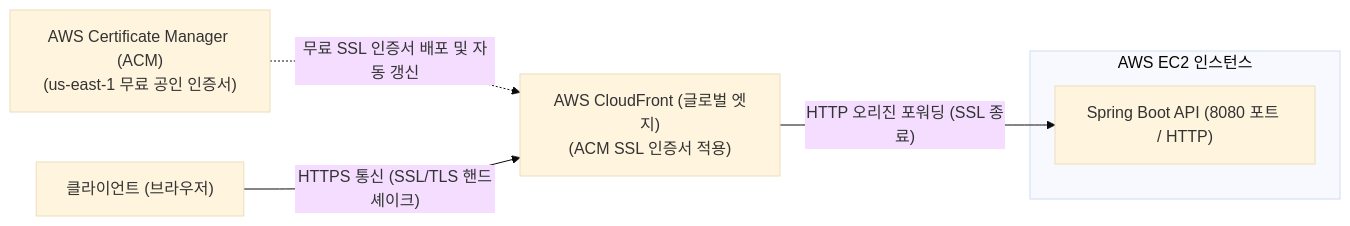
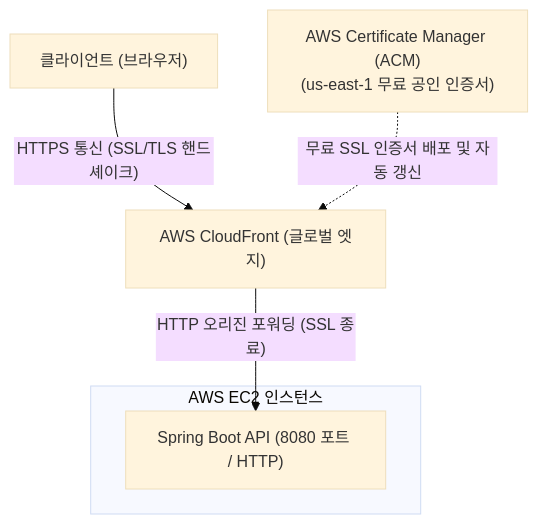
One commit to likelion-backend-25th/22-project-sns changed the third of 4 diagrams in guide/04.challenge.md. Above: the diagram before and after it, drawn with Mermaid (base theme). The commit also changed other lines of this file, not shown here.

````diff
--- a/guide/04.challenge.md
+++ b/guide/04.challenge.md
@@ -285,14 +287,13 @@
 ```mermaid
-graph LR
-    Client["클라이언트 (브라우저)"]
+flowchart TD
     ACM["AWS Certificate Manager (ACM)<br/>(us-east-1 무료 공인 인증서)"]
-    CloudFront["AWS CloudFront (글로벌 엣지)<br/>(ACM SSL 인증서 적용)"]
+
+    Client["클라이언트 (브라우저)"] -->|"HTTPS 통신 (SSL/TLS 핸드셰이크)"| CloudFront["AWS CloudFront (글로벌 엣지)"]
 
     subgraph EC2["AWS EC2 인스턴스"]
         SpringBoot["Spring Boot API (8080 포트 / HTTP)"]
     end
 
     ACM -.->|"무료 SSL 인증서 배포 및 자동 갱신"| CloudFront
-    Client -->|"HTTPS 통신 (SSL/TLS 핸드셰이크)"| CloudFront
     CloudFront -->|"HTTP 오리진 포워딩 (SSL 종료)"| SpringBoot
 ```
````
